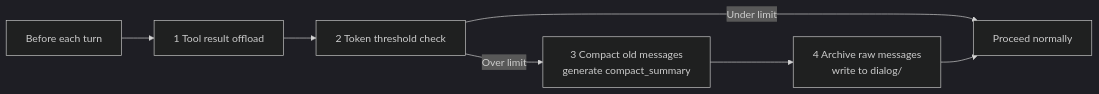
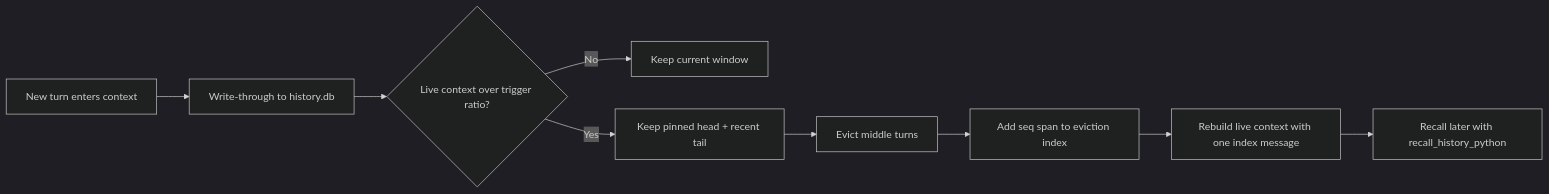
The diagram in website/public/docs/context.en.md (agentscope-ai/QwenPaw), drawn with Mermaid (dark theme) before and after one commit. The commit also changed other lines of this file and 5 other files, not shown here.

````diff
--- a/website/public/docs/context.en.md
+++ b/website/public/docs/context.en.md
@@ -22,9 +17,11 @@
 ```mermaid
 flowchart LR
-    A[Before each turn] --> B[1 Tool result offload]
-    B --> C[2 Token threshold check]
-    C -->|Under limit| D[Proceed normally]
-    C -->|Over limit| E[3 Compact old messages\ngenerate compact_summary]
-    E --> F[4 Archive raw messages\nwrite to dialog/]
-    F --> D
+    A[New turn enters context] --> B[Write-through to history.db]
+    B --> C{Live context over trigger ratio?}
+    C -->|No| D[Keep current window]
+    C -->|Yes| E[Keep pinned head + recent tail]
+    E --> F[Evict middle turns]
+    F --> G[Add seq span to eviction index]
+    G --> H[Rebuild live context with one index message]
+    H --> I[Recall later with recall_history_python]
 ```
````
